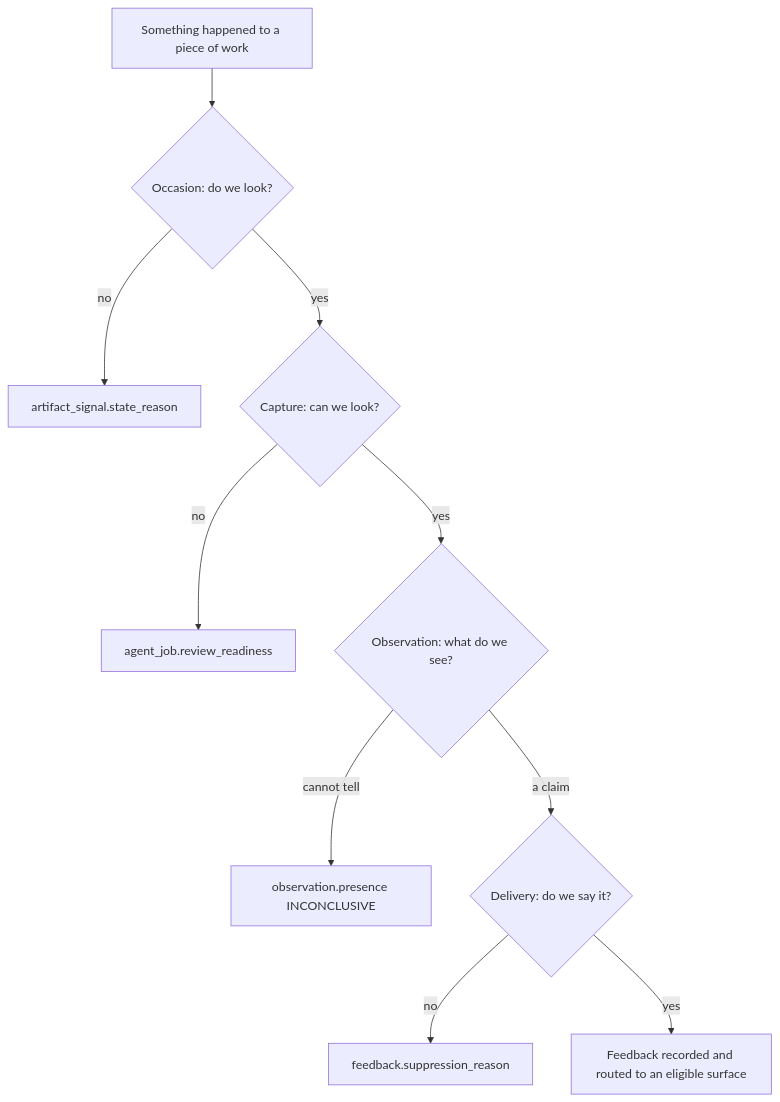
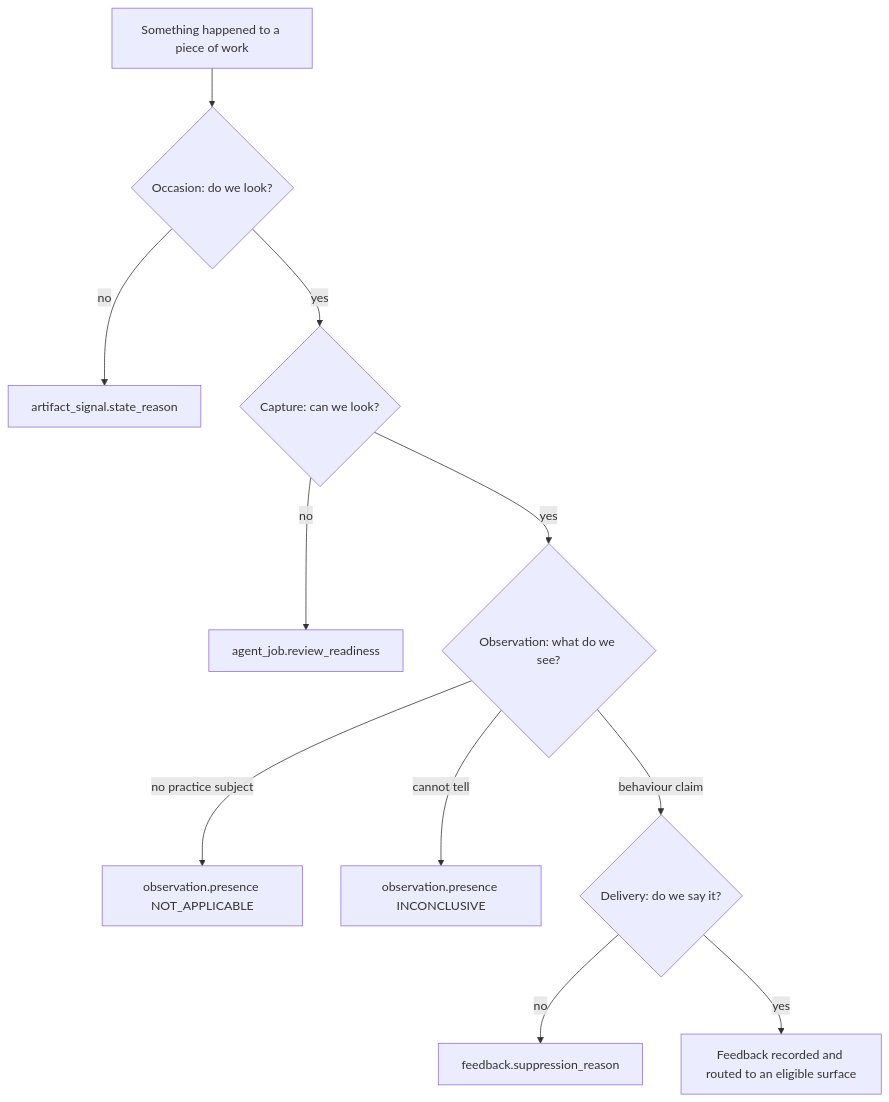
Before and after one commit to ls1intum/Hephaestus: the first of 4 diagrams in docs/contributor/practice-review-pipeline.mdx, drawn with Mermaid. The commit also changed other lines of this file and 4 other files, not shown here.

````diff
--- a/docs/contributor/practice-review-pipeline.mdx
+++ b/docs/contributor/practice-review-pipeline.mdx
@@ -11,12 +11,13 @@
 ```mermaid
 flowchart TB
     Work[Something happened to a piece of work] --> Occasion{Occasion: do we look?}
     Occasion -->|no| Refused[artifact_signal.state_reason]
     Occasion -->|yes| Capture{Capture: can we look?}
     Capture -->|no| Unready[agent_job.review_readiness]
     Capture -->|yes| Observe{Observation: what do we see?}
+    Observe -->|no practice subject| NotApplicable[observation.presence NOT_APPLICABLE]
     Observe -->|cannot tell| Inconclusive[observation.presence INCONCLUSIVE]
-    Observe -->|a claim| Deliver{Delivery: do we say it?}
+    Observe -->|behaviour claim| Deliver{Delivery: do we say it?}
     Deliver -->|no| Quiet[feedback.suppression_reason]
     Deliver -->|yes| Said[Feedback recorded and routed to an eligible surface]
 ```
````
